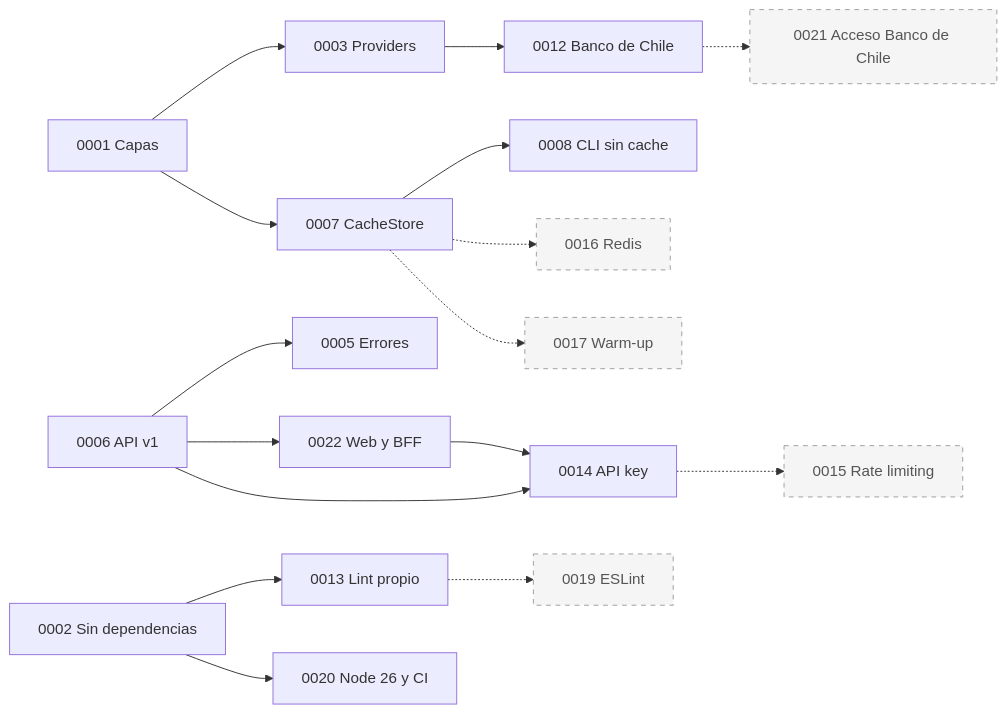
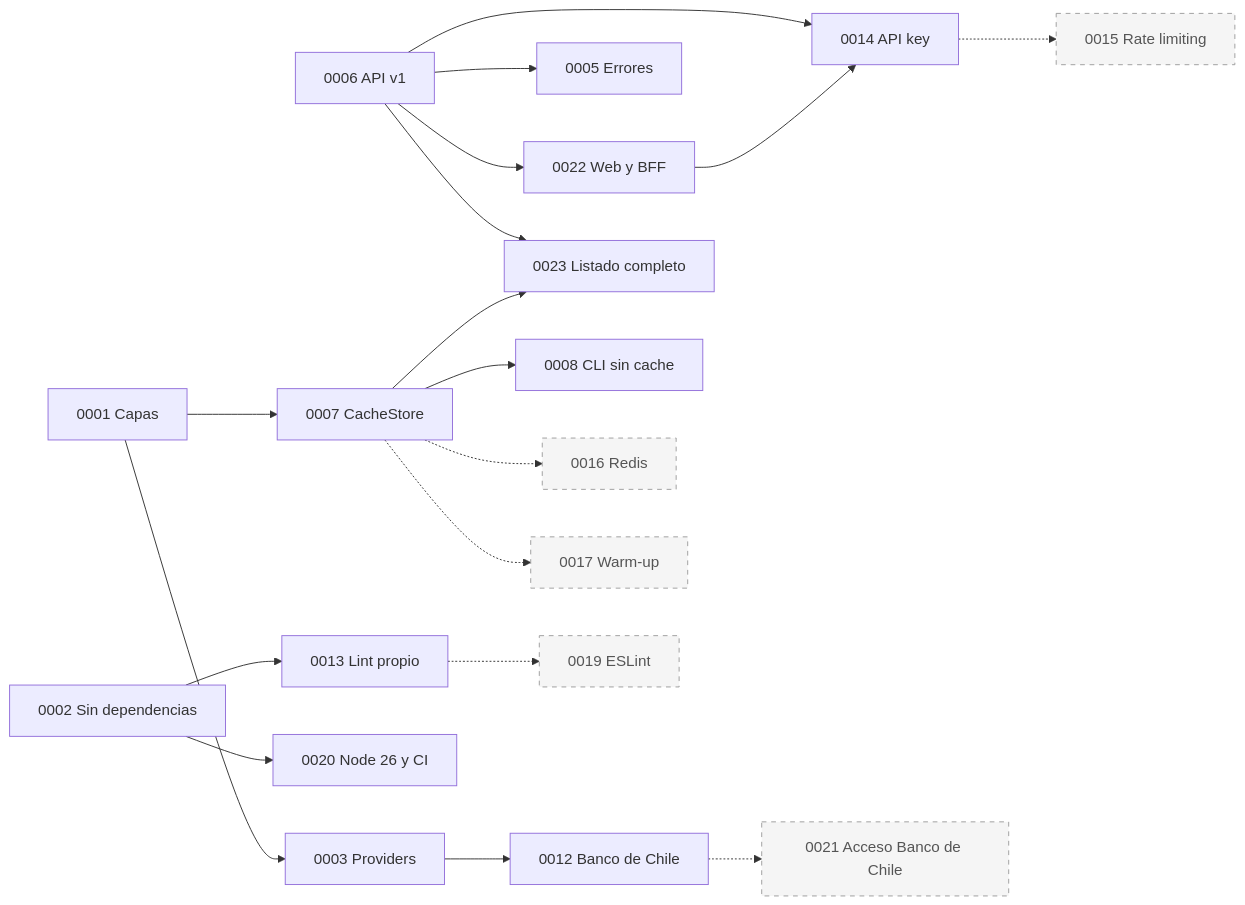
Before and after one commit to sebcld/benefits-aggregator-cl: the diagram in docs/adr/README.md, drawn with Mermaid. The commit also changed other lines of this file and 26 other files, not shown here.

````diff
--- a/docs/adr/README.md
+++ b/docs/adr/README.md
@@ -36,21 +37,23 @@
 ```mermaid
 flowchart LR
   a0001["0001 Capas"] --> a0003["0003 Providers"]
   a0001 --> a0007["0007 CacheStore"]
   a0002["0002 Sin dependencias"] --> a0013["0013 Lint propio"]
   a0002 --> a0020["0020 Node 26 y CI"]
   a0003 --> a0012["0012 Banco de Chile"]
   a0006["0006 API v1"] --> a0005["0005 Errores"]
   a0006 --> a0022["0022 Web y BFF"]
+  a0006 --> a0023["0023 Listado completo"]
+  a0007 --> a0023
   a0007 --> a0008["0008 CLI sin cache"]
   a0007 -.-> p0016["0016 Redis"]
   a0007 -.-> p0017["0017 Warm-up"]
   a0006 --> a0014["0014 API key"]
   a0022 --> a0014
   a0014 -.-> p0015["0015 Rate limiting"]
   a0012 -.-> p0021["0021 Acceso Banco de Chile"]
   a0013 -.-> p0019["0019 ESLint"]
 
   classDef propuesto fill:#f5f5f5,stroke:#9e9e9e,stroke-dasharray:5 5,color:#555555
   class p0015,p0016,p0017,p0019,p0021 propuesto
 ```
````
